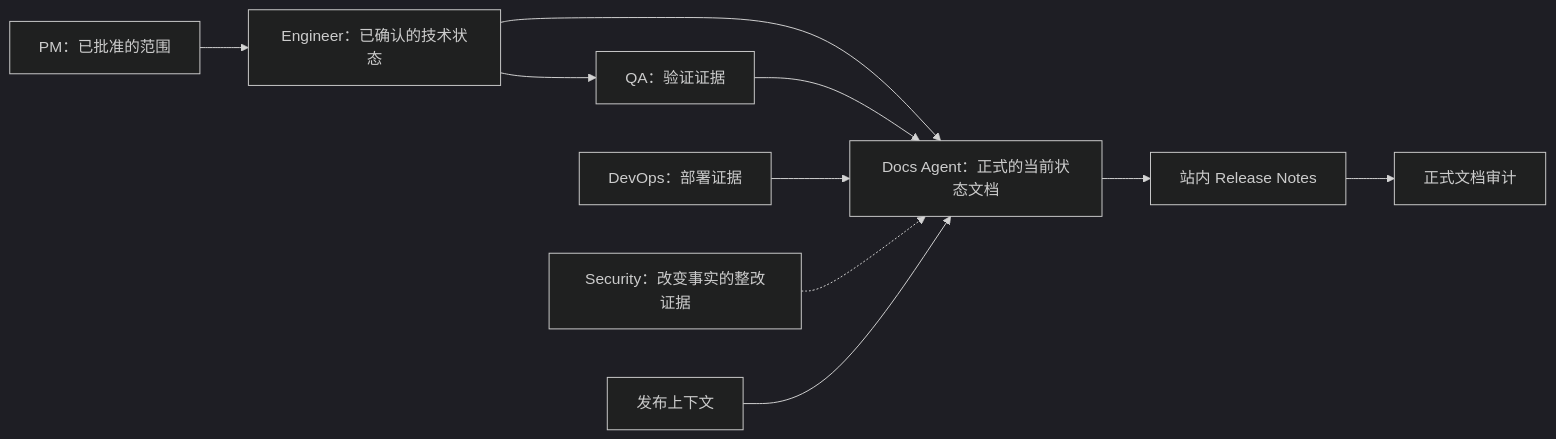
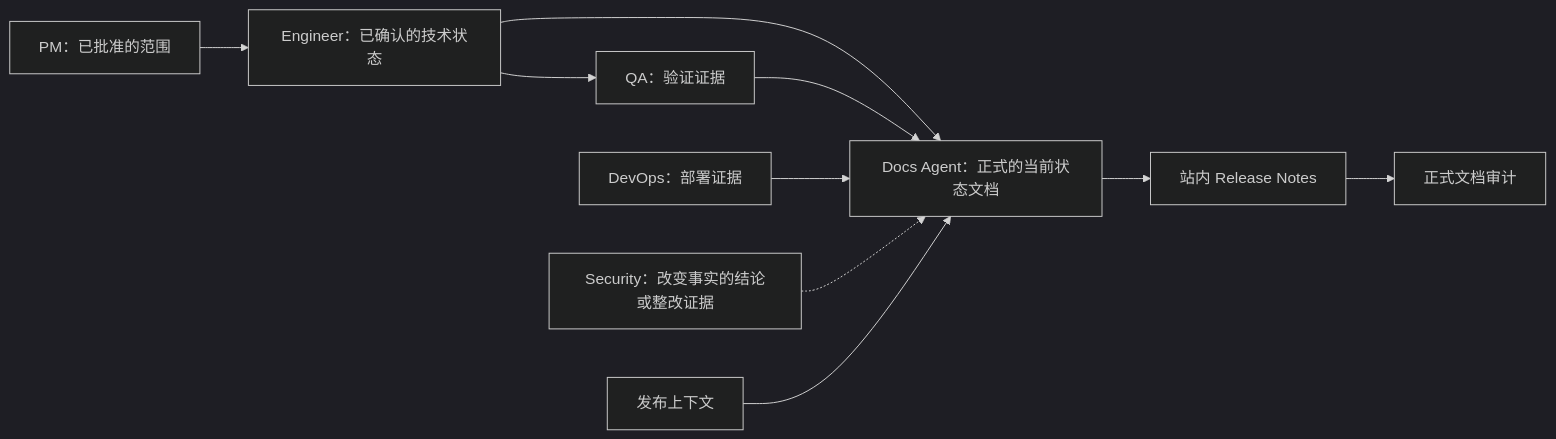
One commit to Neplich/dev-agent-skills changed the diagram in agents/docs/README_zh.md. Above: the diagram before and after it, drawn with Mermaid (dark theme). The commit also changed other lines of this file and 5 other files, not shown here.

````diff
--- a/agents/docs/README_zh.md
+++ b/agents/docs/README_zh.md
@@ -52,12 +52,12 @@
 ```mermaid
 flowchart LR
     PM["PM：已批准的范围"] --> Engineer["Engineer：已确认的技术状态"]
     Engineer --> QA["QA：验证证据"]
     Engineer --> Docs["Docs Agent：正式的当前状态文档"]
     QA --> Docs
     DevOps["DevOps：部署证据"] --> Docs
-    Security["Security：改变事实的整改证据"] -.-> Docs
+    Security["Security：改变事实的结论或整改证据"] -.-> Docs
     Release["发布上下文"] --> Docs
     Docs --> Notes["站内 Release Notes"]
     Notes --> Audit["正式文档审计"]
 ```
````
